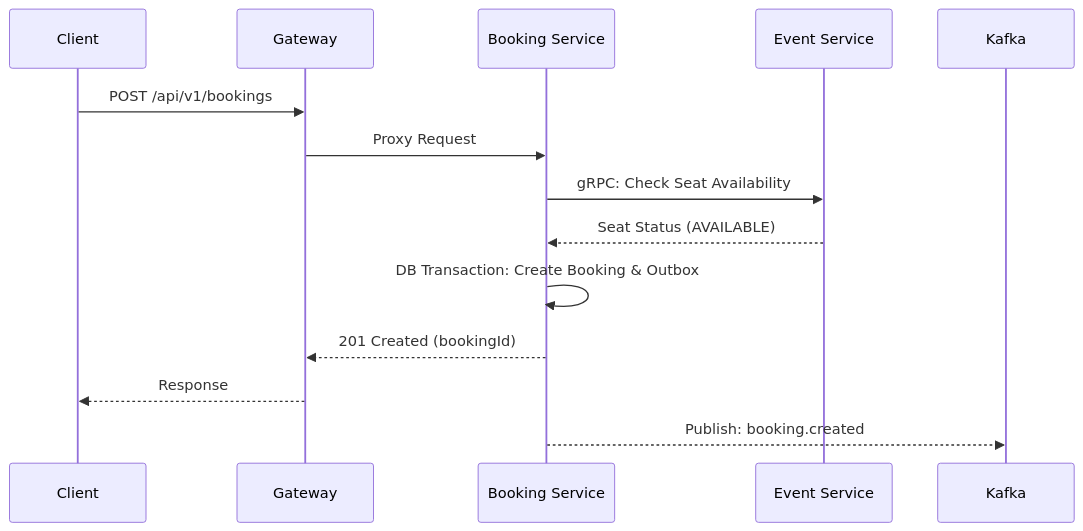
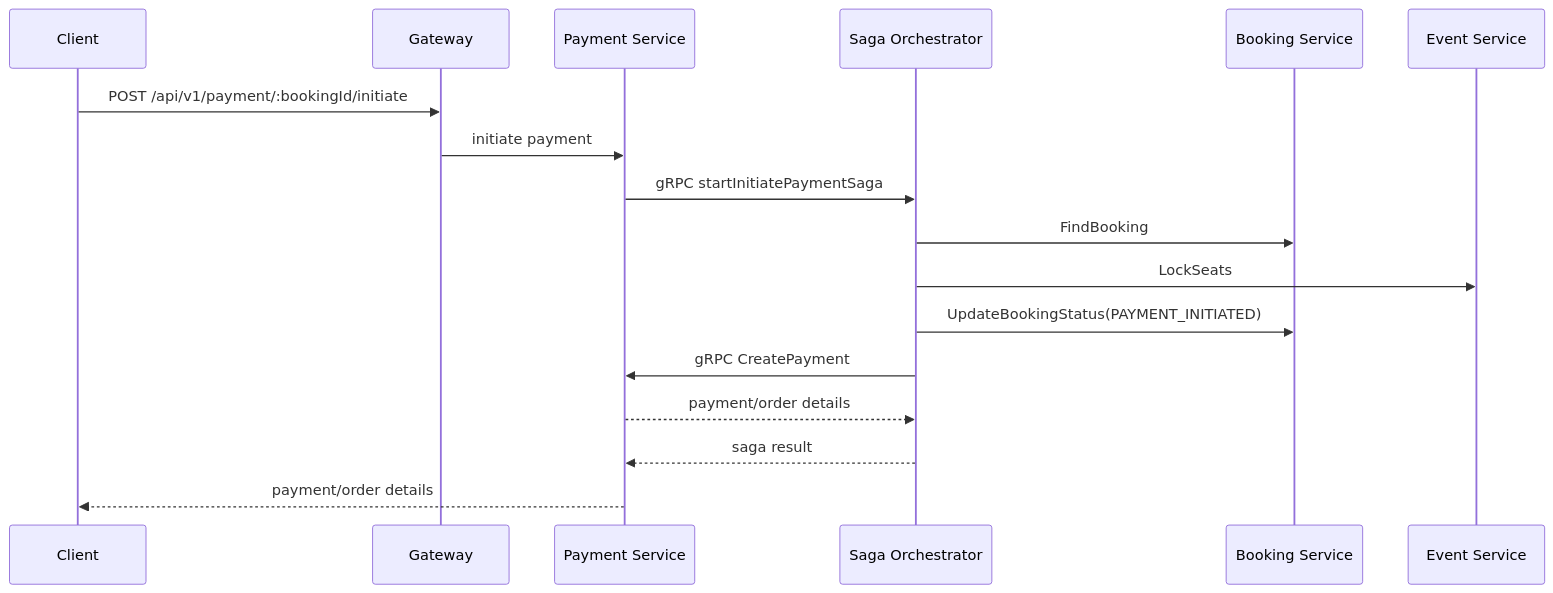
One commit to NithinKS007/EP-Microservices changed the first of 3 diagrams in docs/05_Impact_and_Diagrams.md. Above: the diagram before and after it, drawn with Mermaid. The commit also changed other lines of this file and 36 other files, not shown here.

Commit message:
feat: implement gRPC communication layer across microservices and add architecture documentation

````diff
--- a/docs/05_Impact_and_Diagrams.md
+++ b/docs/05_Impact_and_Diagrams.md
@@ -47,17 +5,20 @@
 ```mermaid
 sequenceDiagram
     participant C as Client
     participant G as Gateway
+    participant P as Payment Service
+    participant S as Saga Orchestrator
     participant B as Booking Service
     participant E as Event Service
-    participant K as Kafka
 
-    C->>G: POST /api/v1/bookings
-    G->>B: Proxy Request
-    B->>E: gRPC: Check Seat Availability
-    E-->>B: Seat Status (AVAILABLE)
-    B->>B: DB Transaction: Create Booking & Outbox
-    B-->>G: 201 Created (bookingId)
-    G-->>C: Response
-    B-->>K: Publish: booking.created
+    C->>G: POST /api/v1/payment/:bookingId/initiate
+    G->>P: initiate payment
+    P->>S: gRPC startInitiatePaymentSaga
+    S->>B: FindBooking
+    S->>E: LockSeats
+    S->>B: UpdateBookingStatus(PAYMENT_INITIATED)
+    S->>P: gRPC CreatePayment
+    P-->>S: payment/order details
+    S-->>P: saga result
+    P-->>C: payment/order details
 ```
````
